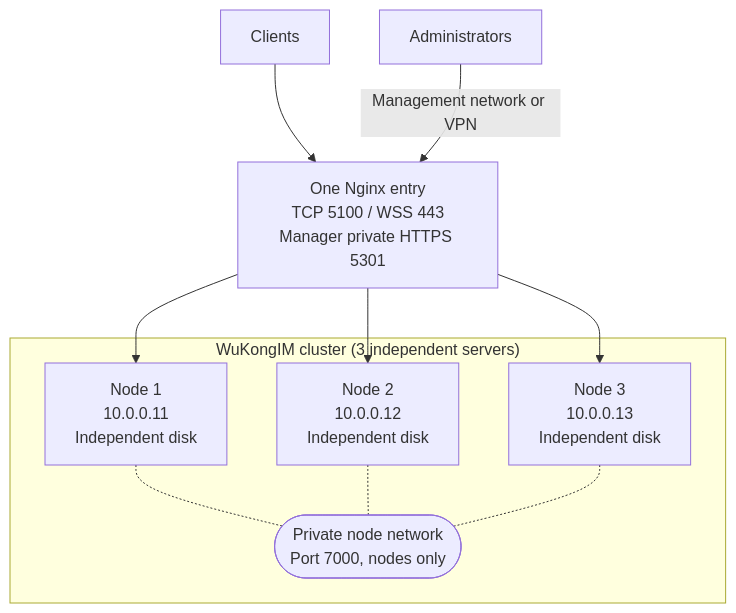
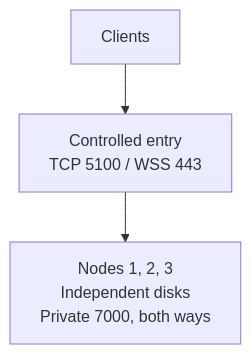
The diagram in docs-site/content/docs/server/deployment/multi-node.en.mdx (WuKongIM/WuKongIM), drawn with Mermaid before and after one commit. The commit also changed other lines of this file and 7 other files, not shown here.

````diff
--- a/docs-site/content/docs/server/deployment/multi-node.en.mdx
+++ b/docs-site/content/docs/server/deployment/multi-node.en.mdx
@@ -8,23 +10,5 @@
 ```mermaid
-flowchart TB
-  Client["Clients"]
-  Admin["Administrators"]
-  Nginx["One Nginx entry<br/>TCP 5100 / WSS 443<br/>Manager private HTTPS 5301"]
-
-  subgraph Cluster["WuKongIM cluster (3 independent servers)"]
-    Node1["Node 1<br/>10.0.0.11<br/>Independent disk"]
-    Node2["Node 2<br/>10.0.0.12<br/>Independent disk"]
-    Node3["Node 3<br/>10.0.0.13<br/>Independent disk"]
-    Network(["Private node network<br/>Port 7000, nodes only"])
-
-    Node1 -.- Network
-    Node2 -.- Network
-    Node3 -.- Network
-  end
-
-  Client --> Nginx
-  Admin -->|Management network or VPN| Nginx
-  Nginx --> Node1
-  Nginx --> Node2
-  Nginx --> Node3
+flowchart TD
+  client["Clients"] --> edge["Controlled entry<br/>TCP 5100 / WSS 443"]
+  edge --> nodes["Nodes 1, 2, 3<br/>Independent disks<br/>Private 7000, both ways"]
 ```
````
